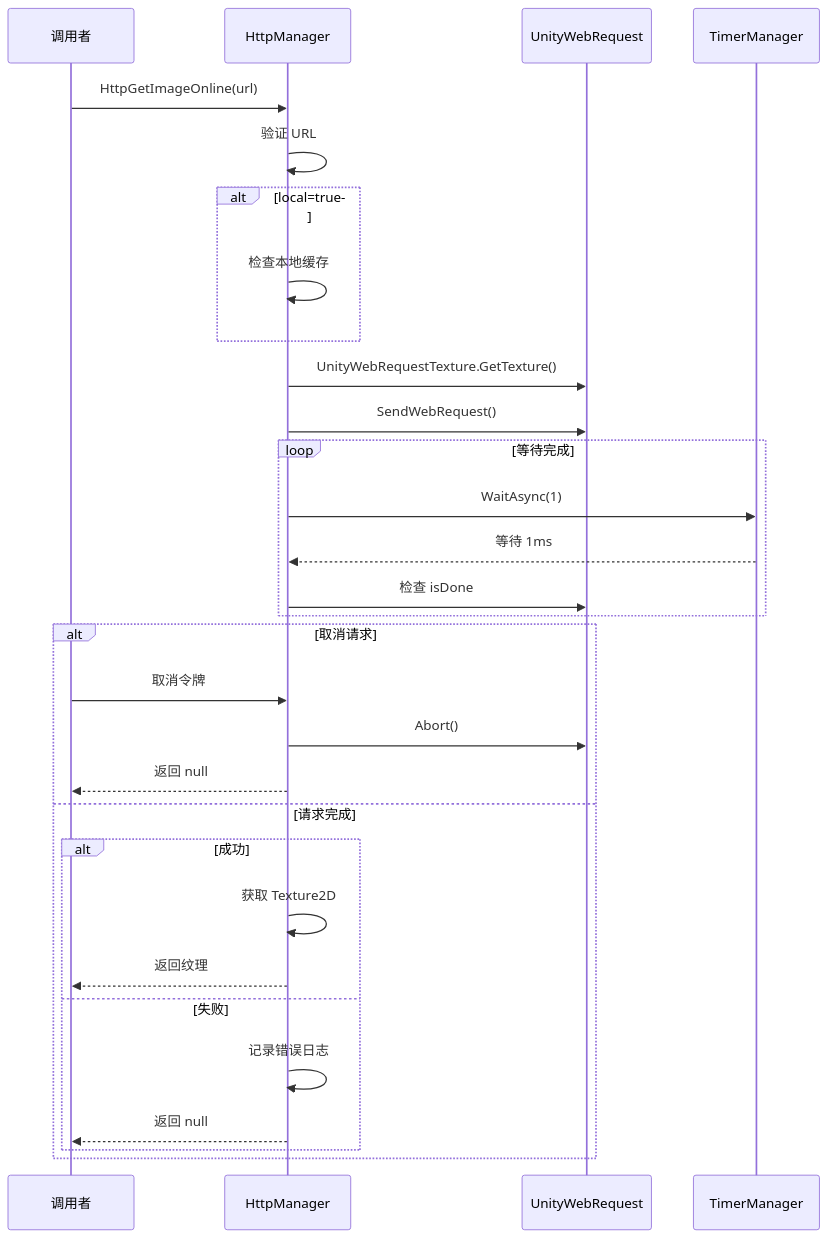
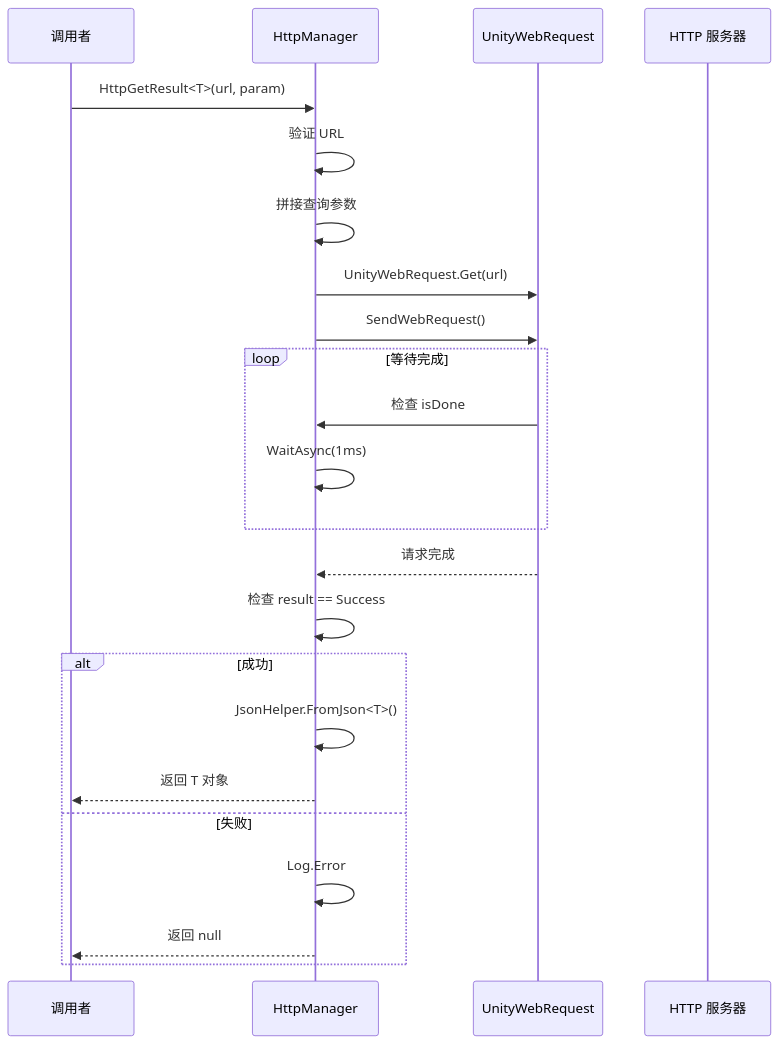
The first of 2 diagrams in Assets/Scripts/Mono/Module/Http/HttpManager.cs.md (acsta/Container), drawn with Mermaid before and after one commit. The commit also changed other lines of this file and 11 other files, not shown here.

````diff
--- a/Assets/Scripts/Mono/Module/Http/HttpManager.cs.md
+++ b/Assets/Scripts/Mono/Module/Http/HttpManager.cs.md
@@ -189,35 +361,28 @@
 ```mermaid
 sequenceDiagram
     participant Caller as 调用者
     participant HM as HttpManager
     participant UWR as UnityWebRequest
-    participant Timer as TimerManager
+    participant Server as HTTP 服务器
 
-    Caller->>HM: HttpGetImageOnline(url)
+    Caller->>HM: HttpGetResult<T>(url, param)
     HM->>HM: 验证 URL
-    alt local=true
-        HM->>HM: 检查本地缓存
-    end
-    HM->>UWR: UnityWebRequestTexture.GetTexture()
+    HM->>HM: 拼接查询参数
+    HM->>UWR: UnityWebRequest.Get(url)
     HM->>UWR: SendWebRequest()
     
     loop 等待完成
-        HM->>Timer: WaitAsync(1)
-        Timer-->>HM: 等待 1ms
-        HM->>UWR: 检查 isDone
+        UWR->>HM: 检查 isDone
+        HM->>HM: WaitAsync(1ms)
     end
     
-    alt 取消请求
-        Caller->>HM: 取消令牌
-        HM->>UWR: Abort()
+    UWR-->>HM: 请求完成
+    HM->>HM: 检查 result == Success
+    alt 成功
+        HM->>HM: JsonHelper.FromJson<T>()
+        HM-->>Caller: 返回 T 对象
+    else 失败
+        HM->>HM: Log.Error
         HM-->>Caller: 返回 null
-    else 请求完成
-        alt 成功
-            HM->>HM: 获取 Texture2D
-            HM-->>Caller: 返回纹理
-        else 失败
-            HM->>HM: 记录错误日志
-            HM-->>Caller: 返回 null
-        end
     end
 ```
````
